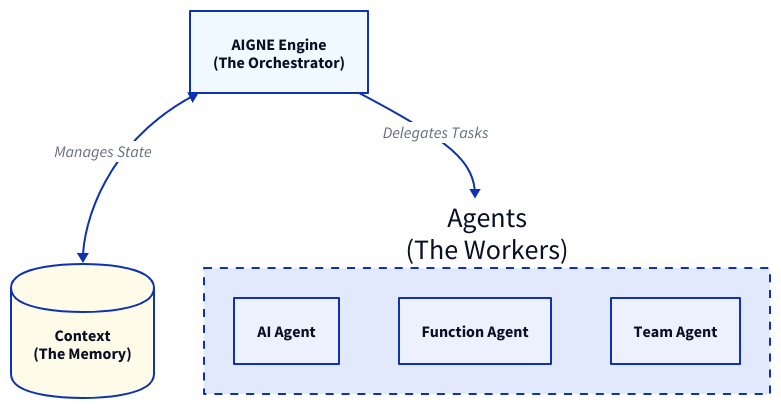
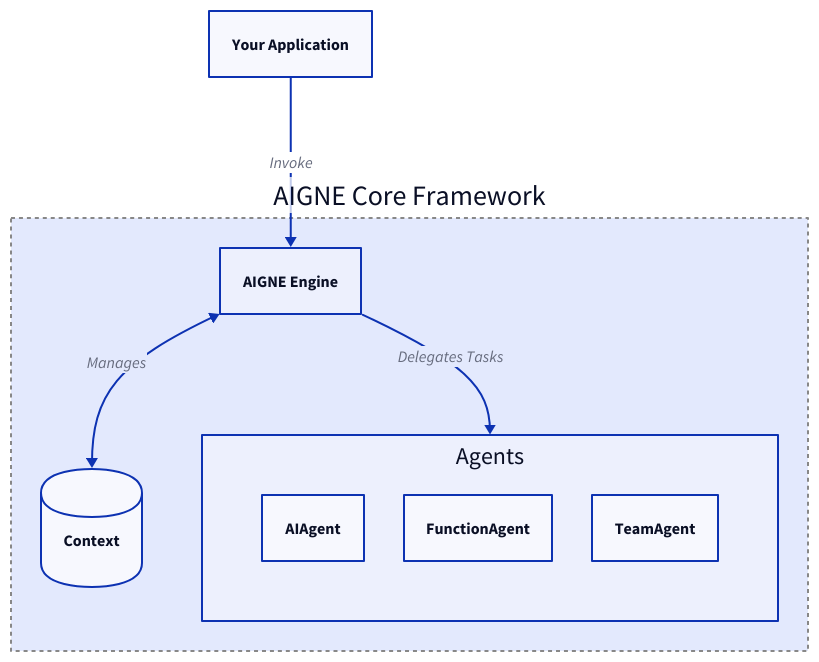
The diagram in .aigne/doc-smith/docs/core.md (AIGNE-io/aigne-framework), drawn with D2 before and after one commit. The commit also changed other lines of this file and 16 other files, not shown here.

````diff
--- a/.aigne/doc-smith/docs/core.md
+++ b/.aigne/doc-smith/docs/core.md
@@ -11,37 +15,41 @@
-```d2 AIGNE Core Architecture icon=lucide:workflow
+```d2
 direction: down
 
-AIGNE-Engine: {
-  label: "AIGNE Engine\n(The Orchestrator)"
+app: {
+  label: "Your Application"
   shape: rectangle
-  style.fill: "#f0f9ff"
 }
 
-Context: {
-  label: "Context\n(The Memory)"
-  shape: cylinder
-  style.fill: "#fefce8"
-}
-
-Agents: {
-  label: "Agents\n(The Workers)"
+aigne-core: {
+  label: "AIGNE Core Framework"
   shape: rectangle
   style: {
-    stroke-dash: 4
+    stroke: "#888"
+    stroke-width: 2
+    stroke-dash: 2
   }
 
-  AIAgent: {
-    label: "AI Agent"
+  aigne-engine: {
+    label: "AIGNE Engine"
   }
-  FunctionAgent: {
-    label: "Function Agent"
+
+  context: {
+    label: "Context"
+    shape: cylinder
   }
-  TeamAgent: {
-    label: "Team Agent"
+
+  agents: {
+    label: "Agents"
+    shape: rectangle
+    grid-columns: 3
+
+    ai-agent: { label: "AIAgent" }
+    function-agent: { label: "FunctionAgent" }
+    team-agent: { label: "TeamAgent" }
   }
 }
 
-AIGNE-Engine <-> Context: "Manages State"
-AIGNE-Engine -> Agents: "Delegates Tasks"
-
+app -> aigne-core.aigne-engine: "Invoke"
+aigne-core.aigne-engine <-> aigne-core.context: "Manages"
+aigne-core.aigne-engine -> aigne-core.agents: "Delegates Tasks"
 ```
````
